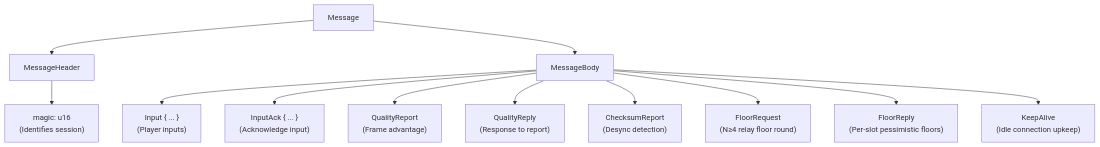
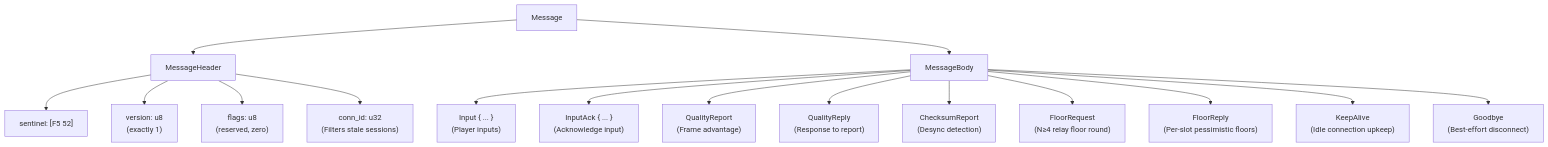
The fifth of 5 diagrams in docs/architecture.md (wallstop/fortress-rollback), drawn with Mermaid before and after one commit. The commit also changed other lines of this file and 67 other files, not shown here.

````diff
--- a/docs/architecture.md
+++ b/docs/architecture.md
@@ -736,27 +753,35 @@
 ```mermaid
 graph TD
     MSG["Message"]
     HEADER["MessageHeader"]
-    MAGIC["magic: u16<br/>(Identifies session)"]
+    SENTINEL["sentinel: [F5 52]"]
+    VERSION["version: u8<br/>(exactly 1)"]
+    FLAGS["flags: u8<br/>(reserved, zero)"]
+    CONN["conn_id: u32<br/>(Filters stale sessions)"]
     BODY["MessageBody"]
     INPUT["Input { ... }<br/>(Player inputs)"]
     INPUTACK["InputAck { ... }<br/>(Acknowledge input)"]
     QUALITY["QualityReport<br/>(Frame advantage)"]
     QREPLY["QualityReply<br/>(Response to report)"]
     CHECKSUM["ChecksumReport<br/>(Desync detection)"]
     FLOORREQ["FloorRequest<br/>(N&ge;4 relay floor round)"]
     FLOORREP["FloorReply<br/>(Per-slot pessimistic floors)"]
     KEEPALIVE["KeepAlive<br/>(Idle connection upkeep)"]
+    GOODBYE["Goodbye<br/>(Best-effort disconnect)"]
 
     MSG --> HEADER
     MSG --> BODY
-    HEADER --> MAGIC
+    HEADER --> SENTINEL
+    HEADER --> VERSION
+    HEADER --> FLAGS
+    HEADER --> CONN
     BODY --> INPUT
     BODY --> INPUTACK
     BODY --> QUALITY
     BODY --> QREPLY
     BODY --> CHECKSUM
     BODY --> FLOORREQ
     BODY --> FLOORREP
     BODY --> KEEPALIVE
+    BODY --> GOODBYE
 ```
````
